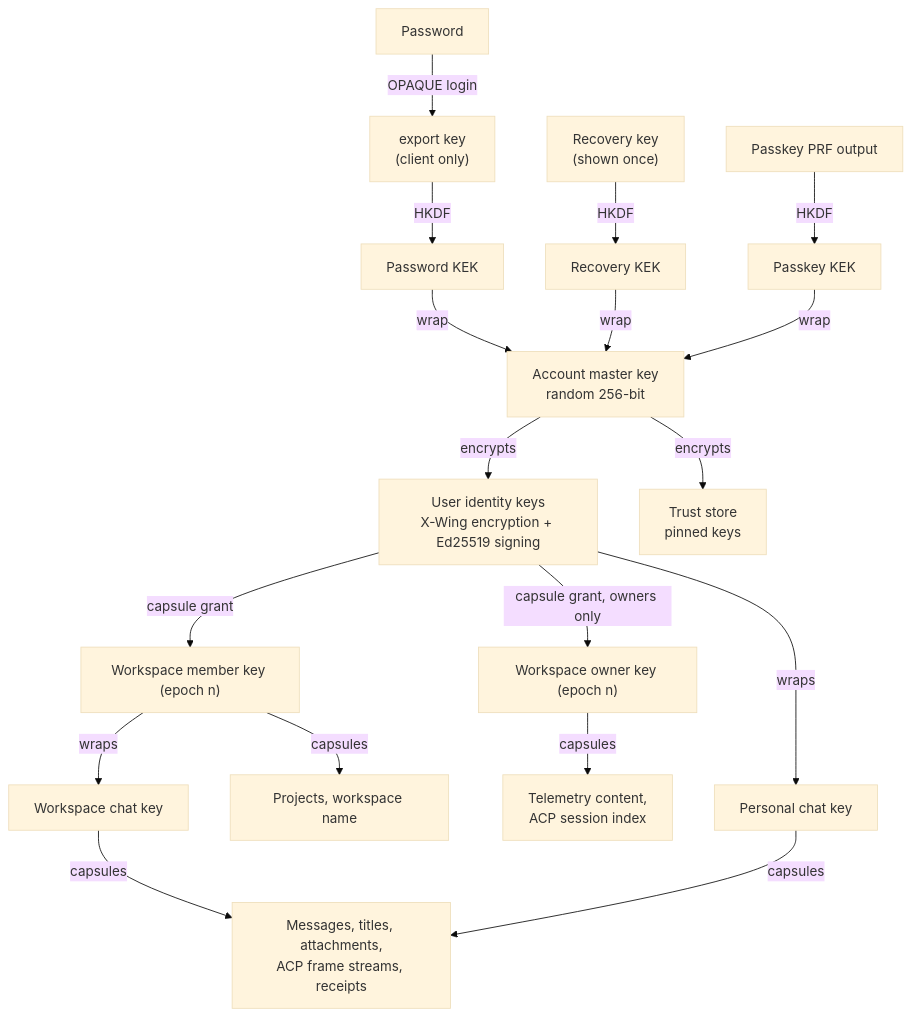
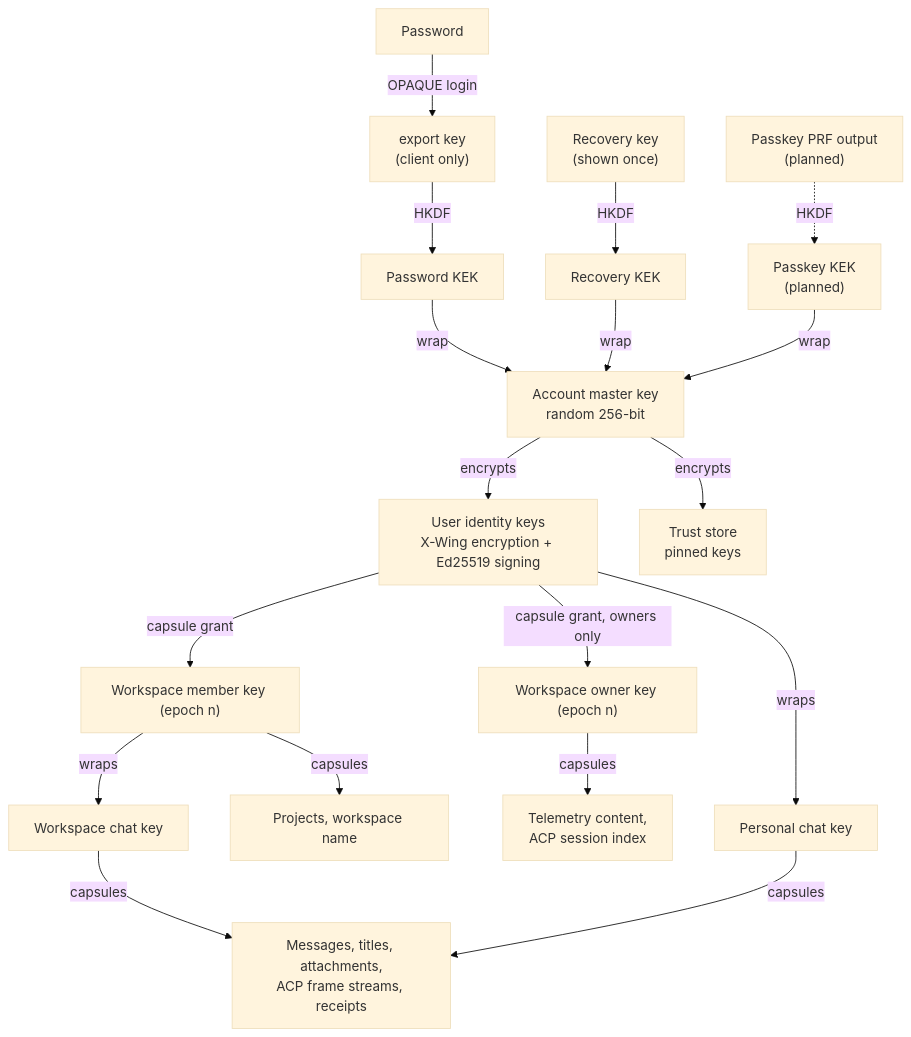
One commit to alkalines/Radium changed the diagram in docs/E2EE/Keys.md. Above: the diagram before and after it, drawn with Mermaid (base theme). The commit also changed other lines of this file and 58 other files, not shown here.

````diff
--- a/docs/E2EE/Keys.md
+++ b/docs/E2EE/Keys.md
@@ -70,22 +70,22 @@
 ```mermaid
 flowchart TD
     PW["Password"] -->|OPAQUE login| EK["export key<br/>(client only)"]
     EK -->|HKDF| PKEK["Password KEK"]
     RK["Recovery key<br/>(shown once)"] -->|HKDF| RKEK["Recovery KEK"]
-    PRF["Passkey PRF output"] -->|HKDF| PSKEK["Passkey KEK"]
+    PRF["Passkey PRF output<br/>(planned)"] -.->|HKDF| PSKEK["Passkey KEK<br/>(planned)"]
 
     PKEK & RKEK & PSKEK -->|wrap| AMK["Account master key<br/>random 256-bit"]
 
     AMK -->|encrypts| ID["User identity keys<br/>X-Wing encryption + Ed25519 signing"]
     AMK -->|encrypts| TS["Trust store<br/>pinned keys"]
 
     ID -->|capsule grant| WMK["Workspace member key (epoch n)"]
     ID -->|capsule grant, owners only| WOK["Workspace owner key (epoch n)"]
 
     WMK -->|wraps| CKW["Workspace chat key"]
     ID -->|wraps| CKP["Personal chat key"]
 
     CKW & CKP -->|capsules| OBJ["Messages, titles, attachments,<br/>ACP frame streams, receipts"]
     WOK -->|capsules| TEL["Telemetry content,<br/>ACP session index"]
     WMK -->|capsules| WS["Projects, workspace name"]
 ```
````
